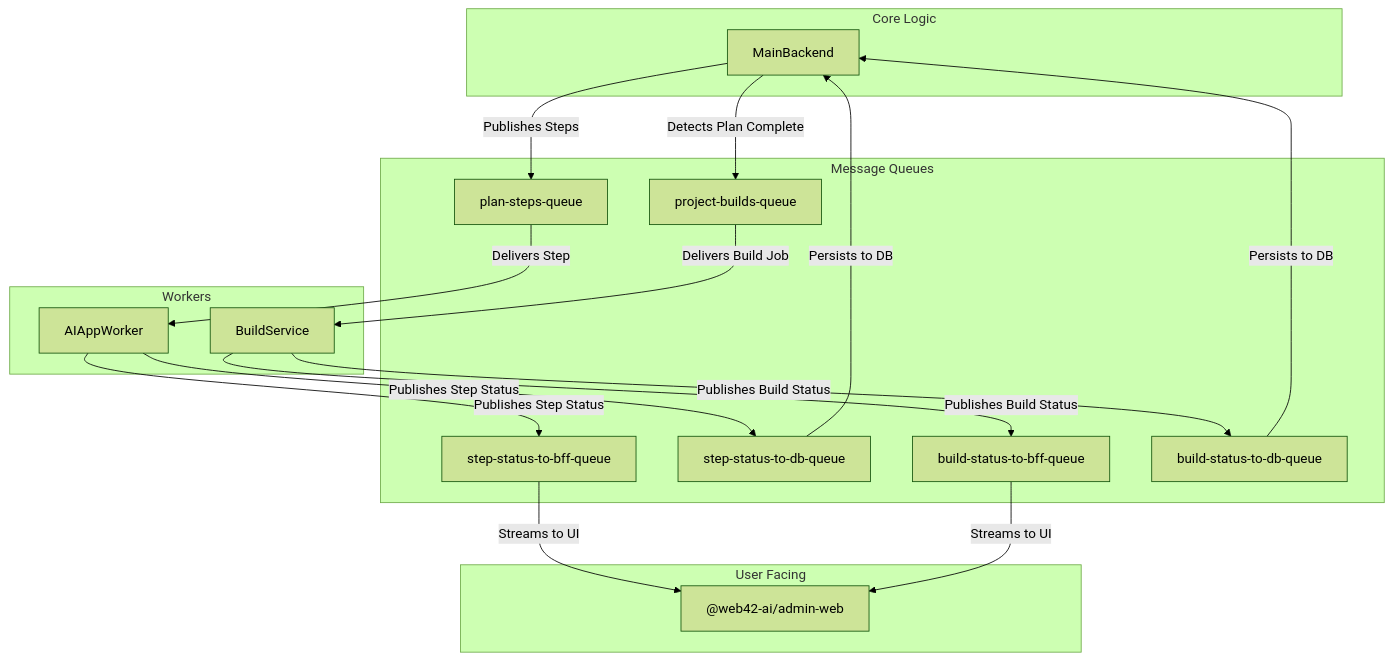
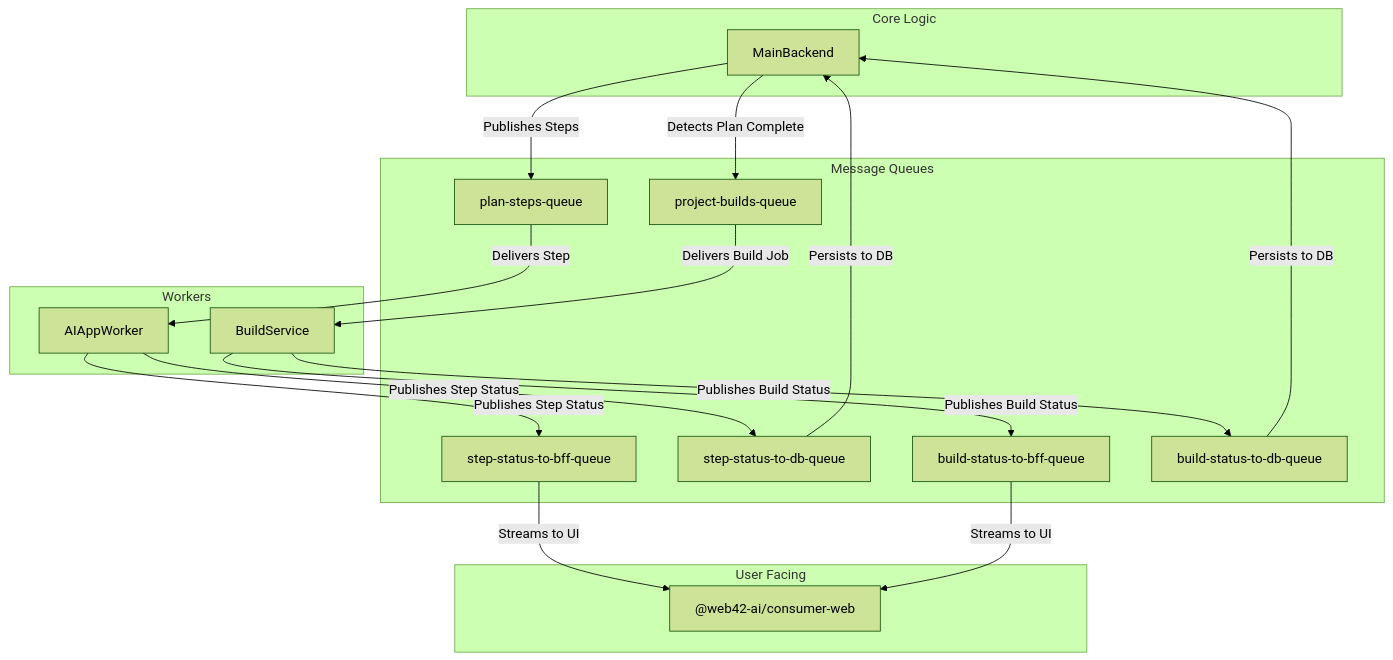
One commit to sundy001/web42-ai changed the diagram in apps/workers/docs/system-architecture.mermaid. Above: the diagram before and after it, drawn with Mermaid (forest theme). The commit also changed 23 other files, not shown here.

```diff
--- a/apps/workers/docs/system-architecture.mermaid
+++ b/apps/workers/docs/system-architecture.mermaid
@@ -1,30 +1,30 @@
 flowchart TD
  subgraph subGraph0["User Facing"]
-        BFF@{ label: "<div style=\"color:\"><span style=\"color:\">@web42-ai/admin-web</span></div>" }
+        BFF@{ label: "<div style=\"color:\"><span style=\"color:\">@web42-ai/consumer-web</span></div>" }
   end
  subgraph subGraph1["Core Logic"]
         MainBackend["MainBackend"]
   end
  subgraph Workers["Workers"]
         AIAppWorker["AIAppWorker"]
         BuildService["BuildService"]
   end
  subgraph subGraph3["Message Queues"]
         Q1["plan-steps-queue"]
         Q2["project-builds-queue"]
         Q3["step-status-to-bff-queue"]
         Q4["step-status-to-db-queue"]
         Q5["build-status-to-bff-queue"]
         Q6["build-status-to-db-queue"]
   end
     MainBackend -- Publishes Steps --> Q1
     Q1 -- Delivers Step --> AIAppWorker
     AIAppWorker -- Publishes Step Status --> Q3 & Q4
     Q3 -- Streams to UI --> BFF
     Q4 -- Persists to DB --> MainBackend
     MainBackend -- Detects Plan Complete --> Q2
     Q2 -- Delivers Build Job --> BuildService
     BuildService -- Publishes Build Status --> Q5 & Q6
     Q5 -- Streams to UI --> BFF
     Q6 -- Persists to DB --> MainBackend
     BFF@{ shape: rect}
```
